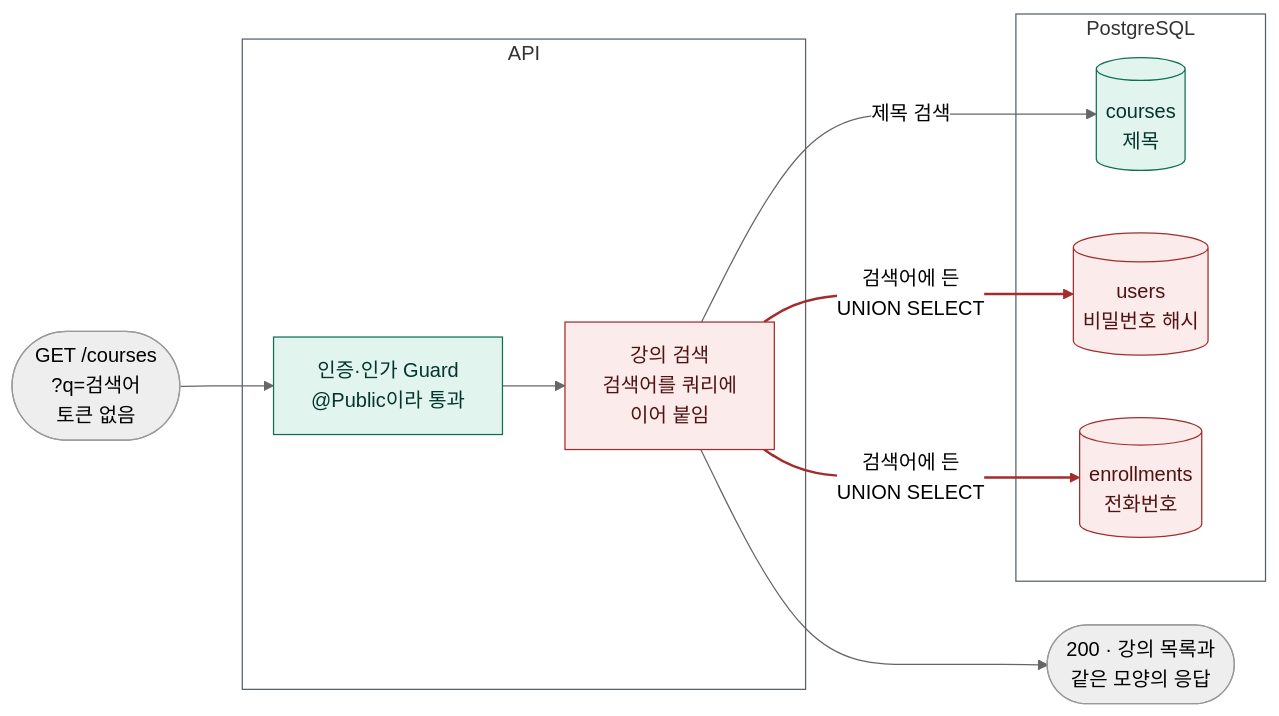
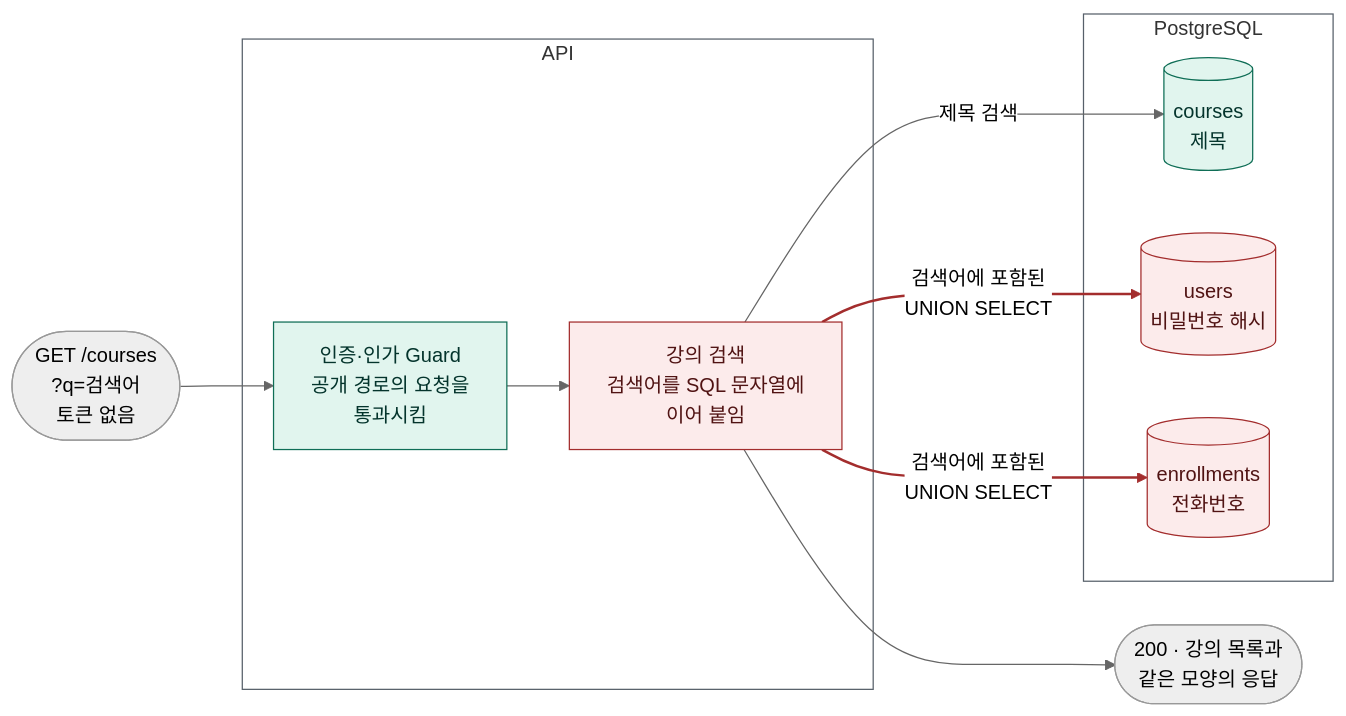
The first of 5 diagrams in docs/diagnosis/defect-6.md (loquemedalagana/secure-enroll-demo), drawn with Mermaid (neutral theme) before and after one commit. The commit also changed other lines of this file, not shown here.

````diff
--- a/docs/diagnosis/defect-6.md
+++ b/docs/diagnosis/defect-6.md
@@ -122,29 +122,29 @@
 ```mermaid
 flowchart LR
   req(["GET /courses<br/>?q=검색어<br/>토큰 없음"])
 
   subgraph api["API"]
-    g["인증·인가 Guard<br/>@Public이라 통과"]
-    s["강의 검색<br/>검색어를 쿼리에<br/>이어 붙임"]
+    g["인증·인가 Guard<br/>공개 경로의 요청을<br/>통과시킴"]
+    s["강의 검색<br/>검색어를 SQL 문자열에<br/>이어 붙임"]
   end
 
   subgraph db["PostgreSQL"]
     c[("courses<br/>제목")]
     u[("users<br/>비밀번호 해시")]
     e[("enrollments<br/>전화번호")]
   end
 
   req --> g --> s
   s -- "제목 검색" --> c
-  s -- "검색어에 든<br/>UNION SELECT" --> u
-  s -- "검색어에 든<br/>UNION SELECT" --> e
+  s -- "검색어에 포함된<br/>UNION SELECT" --> u
+  s -- "검색어에 포함된<br/>UNION SELECT" --> e
   s --> res(["200 · 강의 목록과<br/>같은 모양의 응답"])
 
   classDef safe fill:#E1F5EE,stroke:#0F6E56,color:#04342C
   classDef danger fill:#FCEBEB,stroke:#A32D2D,color:#501313
   class g,c safe
   class s,u,e danger
   style api fill:none,stroke:#57606a
   style db fill:none,stroke:#57606a
   linkStyle 3,4 stroke:#A32D2D,stroke-width:2px
 ```
````
